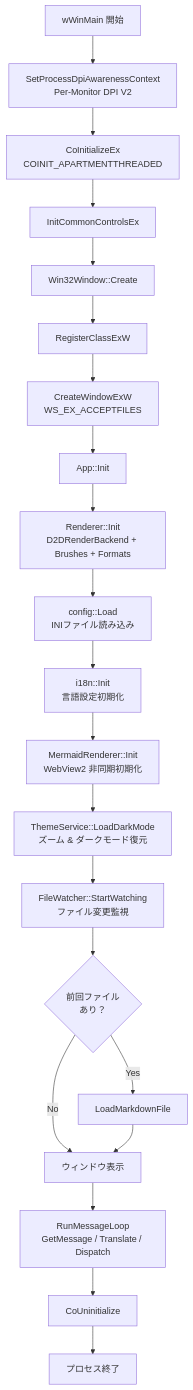
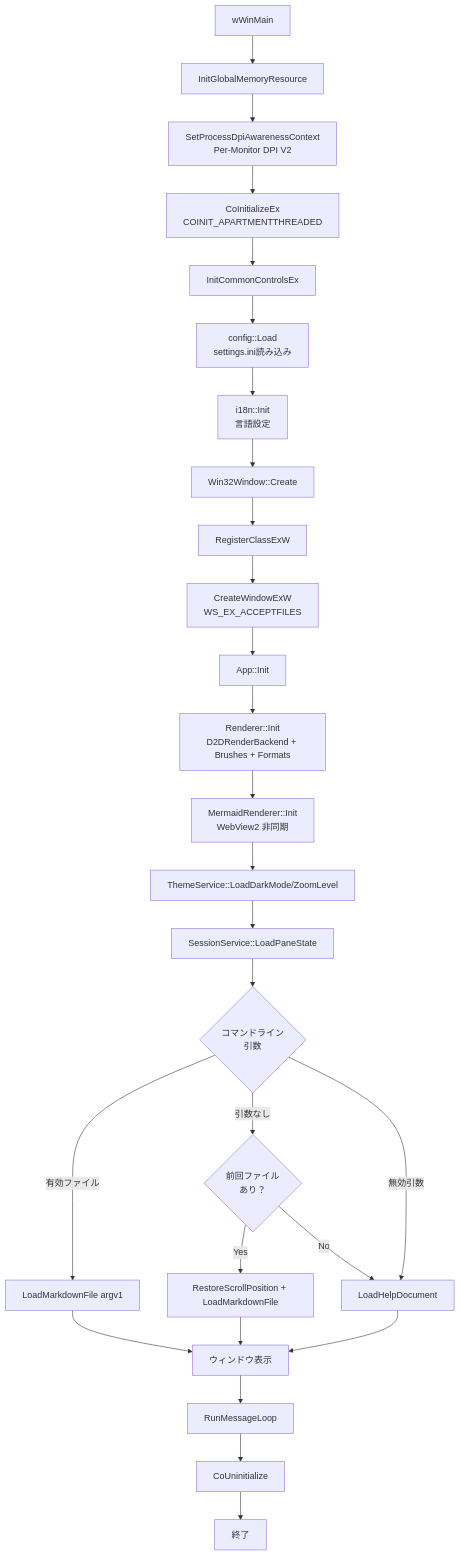
Diagram 17 of 27 in example/test.md (tanaton/mendo), drawn with Mermaid before and after one commit. The commit also changed other lines of this file, not shown here.

````diff
--- a/example/test.md
+++ b/example/test.md
@@ -2281,25 +2234,32 @@
 ```mermaid
 flowchart TD
-    START[wWinMain 開始] --> DPI[SetProcessDpiAwarenessContext<br>Per-Monitor DPI V2]
+    START[wWinMain] --> MEM[InitGlobalMemoryResource]
+    MEM --> DPI[SetProcessDpiAwarenessContext<br>Per-Monitor DPI V2]
     DPI --> COM[CoInitializeEx<br>COINIT_APARTMENTTHREADED]
     COM --> ICC[InitCommonControlsEx]
-    ICC --> CREATE[Win32Window::Create]
+    ICC --> CFGLOAD[config::Load<br>settings.ini読み込み]
+    CFGLOAD --> I18NINIT[i18n::Init<br>言語設定]
+    I18NINIT --> CREATE[Win32Window::Create]
 
     CREATE --> REG[RegisterClassExW]
     REG --> WND[CreateWindowExW<br>WS_EX_ACCEPTFILES]
     WND --> INIT[App::Init]
     INIT --> D2D[Renderer::Init<br>D2DRenderBackend + Brushes + Formats]
-    D2D --> CFGLOAD[config::Load<br>INIファイル読み込み]
-    CFGLOAD --> I18NINIT[i18n::Init<br>言語設定初期化]
-    I18NINIT --> MERM[MermaidRenderer::Init<br>WebView2 非同期初期化]
-    MERM --> CFG[ThemeService::LoadDarkMode<br>ズーム & ダークモード復元]
-    CFG --> FWATCH[FileWatcher::StartWatching<br>ファイル変更監視]
-    FWATCH --> LAST{前回ファイル<br>あり？}
-    LAST -->|Yes| LOAD[LoadMarkdownFile]
-    LAST -->|No| SHOW[ウィンドウ表示]
-    LOAD --> SHOW
+    D2D --> MERM[MermaidRenderer::Init<br>WebView2 非同期]
+    MERM --> CFG[ThemeService::LoadDarkMode/ZoomLevel]
+    CFG --> PANES[SessionService::LoadPaneState]
+    PANES --> ARG{コマンドライン<br>引数}
 
-    SHOW --> LOOP[RunMessageLoop<br>GetMessage / Translate / Dispatch]
+    ARG -->|有効ファイル| LOAD[LoadMarkdownFile argv1]
+    ARG -->|引数なし| LAST{前回ファイル<br>あり？}
+    ARG -->|無効引数| HELP[LoadHelpDocument]
+    LAST -->|Yes| RESTORE[RestoreScrollPosition + LoadMarkdownFile]
+    LAST -->|No| HELP
+
+    LOAD --> SHOW[ウィンドウ表示]
+    RESTORE --> SHOW
+    HELP --> SHOW
+    SHOW --> LOOP[RunMessageLoop]
     LOOP --> EXIT[CoUninitialize]
-    EXIT --> END[プロセス終了]
+    EXIT --> END[終了]
 ```
````
